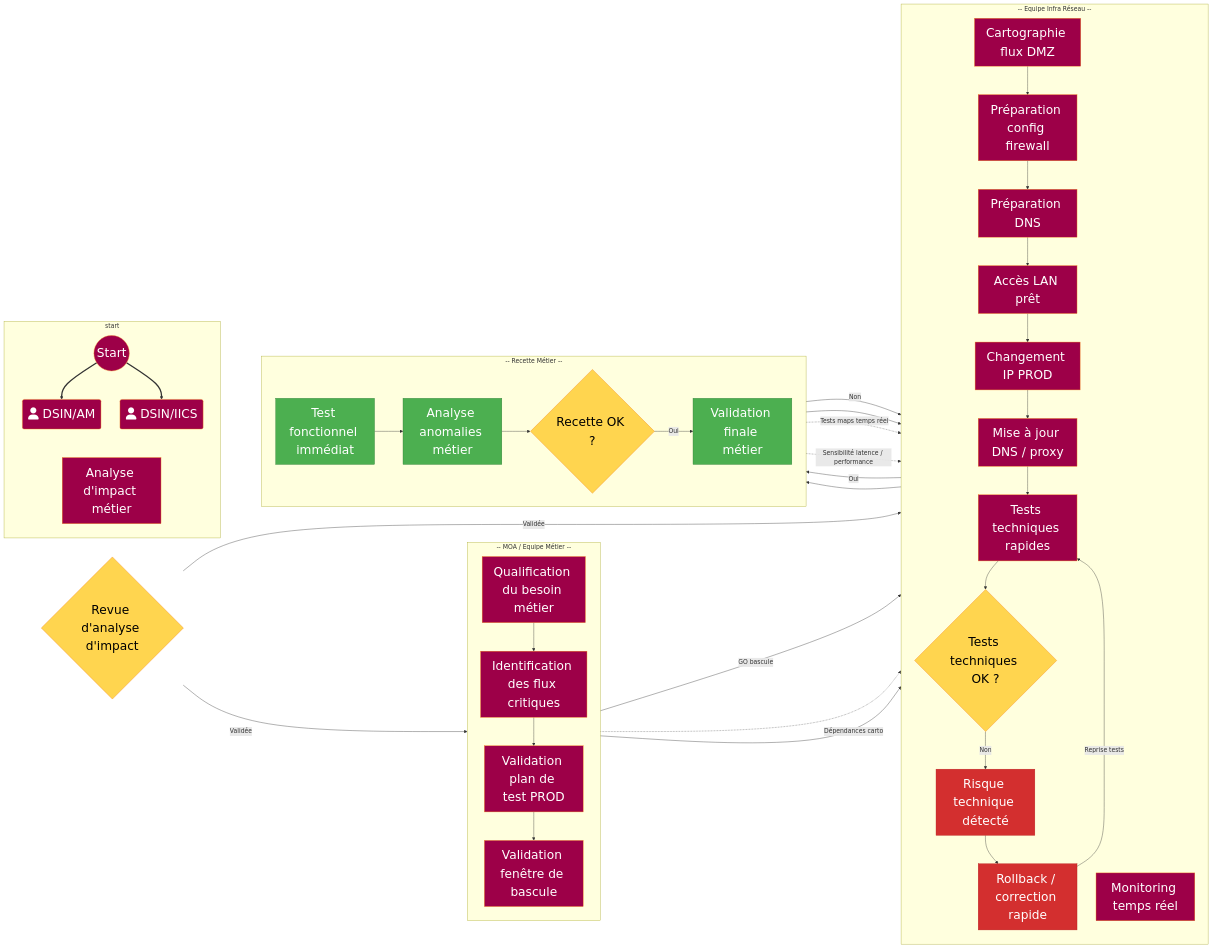
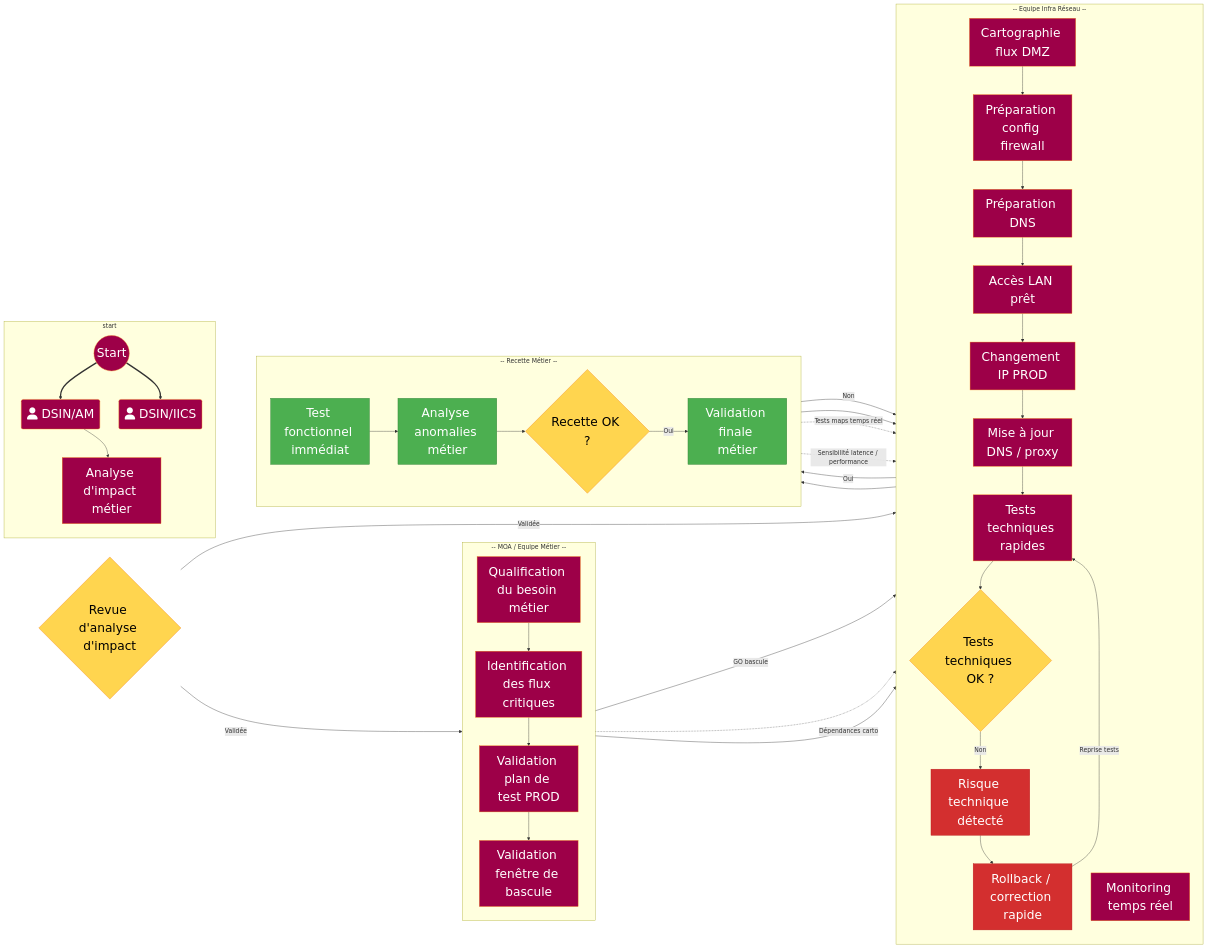
The diagram in all/CHANGE IP - Sans Pre-Prod.md (fdadda/iodraw-files), drawn with Mermaid before and after one commit.

Commit message:
2026-06-01 15:27:44 update

```diff
--- a/all/CHANGE IP - Sans Pre-Prod.md
+++ b/all/CHANGE IP - Sans Pre-Prod.md
@@ -13,7 +13,8 @@
 IICS(fa:fa-user DSIN/IICS):::infra --> S0
 start((Start)):::metier ==> AM
 start ==> IICS
-AM
+AM-->S0
+
   
    
     
```
